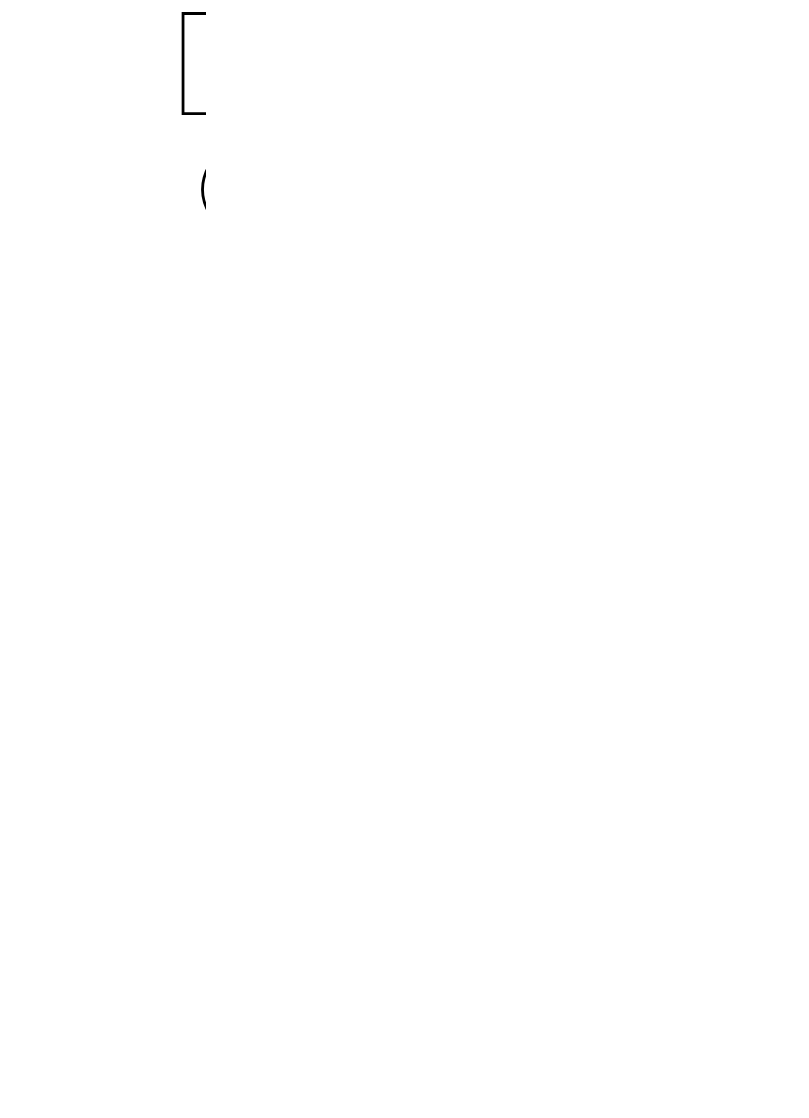
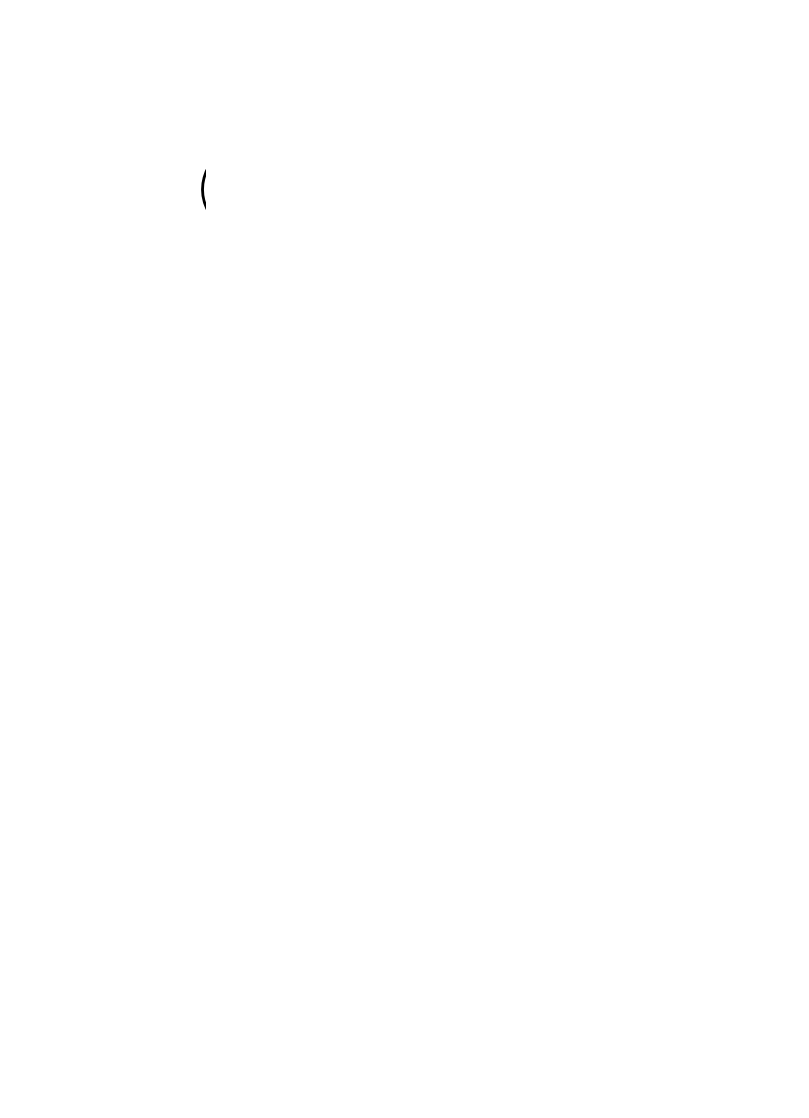
Before and after one commit to 23Skidoo/5dv020: the diagram in report-2/gcom.dot, drawn with Graphviz. The commit also changed 2 other files, not shown here.

```diff
--- a/report-2/gcom.dot
+++ b/report-2/gcom.dot
@@ -1,21 +1,21 @@
  digraph G {
         graph [ dpi = 300 ]; 
- 	APPLICATION [shape=record, label = "Application layer"]
+ 	APPLICATION [shape=record, label = "Client code"]
  	GROUP       [shape=record, label = "Group Module"];
 	ORDER       [shape=record, label = "{Ordering Modules | {FIFO \| Causal \| Total \| CausalTotal}}"];
 	COM         [shape=record, label = "{Communication Modules|{Reliable \| Unreliable}}"];
 	TRANSPORT   [shape=record, label = "Transport Module"];
  	 
 	
  	APPLICATION -> GROUP [label = " sendToAll     "]
  	GROUP -> ORDER       [label = " sendToAll     "]
  	ORDER -> COM         [label = " sendToAll     "]
  	COM -> TRANSPORT     [label = " sendToHost     "]
  	
  	GROUP -> APPLICATION  [label = " Receive callback" ]
  	ORDER  -> GROUP       [label = " Receive callback" ]
  	COM -> ORDER          [label = " Receive callback" ]
 	TRANSPORT -> COM      [label = " Receive callback" ]
 
 	
  }
```
